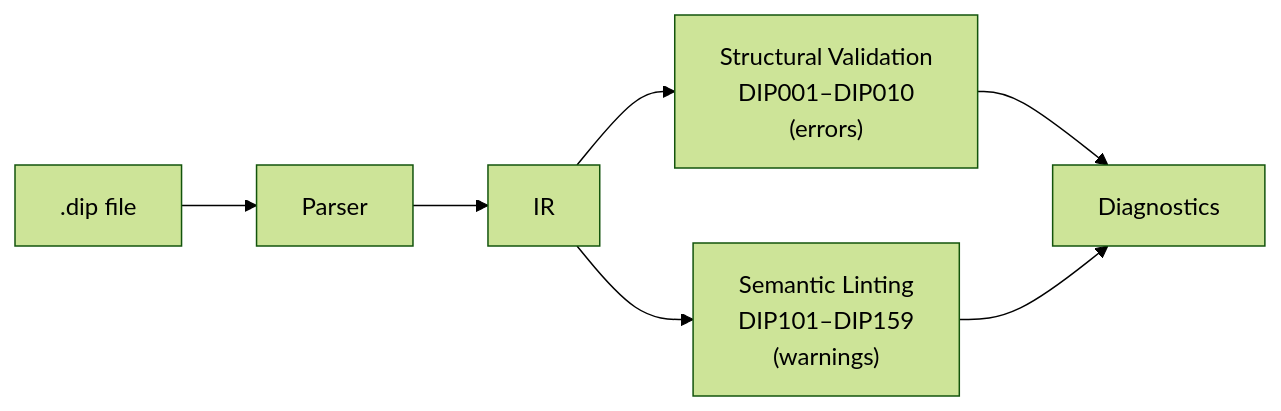
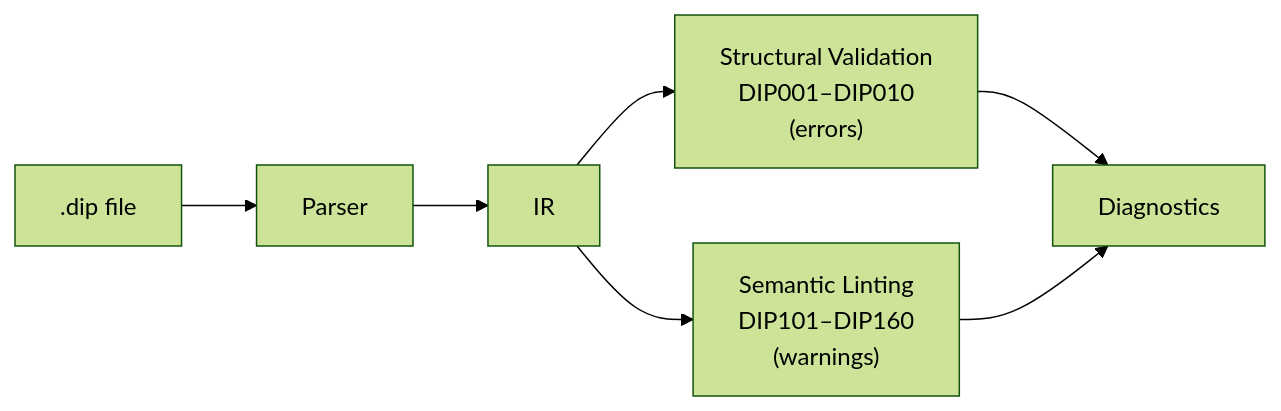
The diagram in docs/validation.md (2389-research/dippin-lang), drawn with Mermaid (forest theme) before and after one commit. The commit also changed other lines of this file and 22 other files, not shown here.

````diff
--- a/docs/validation.md
+++ b/docs/validation.md
@@ -10,9 +10,9 @@
 ```mermaid
 graph LR
     SRC[".dip file"] --> PARSE["Parser"]
     PARSE --> IR["IR"]
     IR --> VAL["Structural Validation<br>DIP001–DIP010<br>(errors)"]
-    IR --> LINT["Semantic Linting<br>DIP101–DIP159<br>(warnings)"]
+    IR --> LINT["Semantic Linting<br>DIP101–DIP160<br>(warnings)"]
     VAL --> DIAG["Diagnostics"]
     LINT --> DIAG
 ```
````
